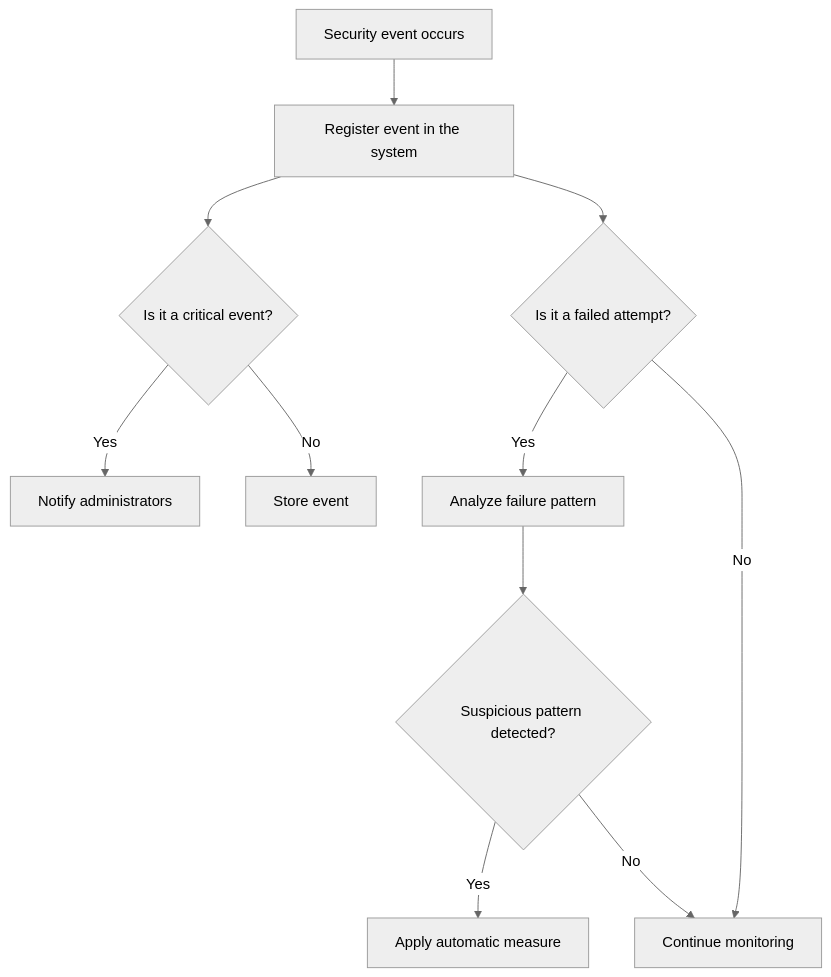
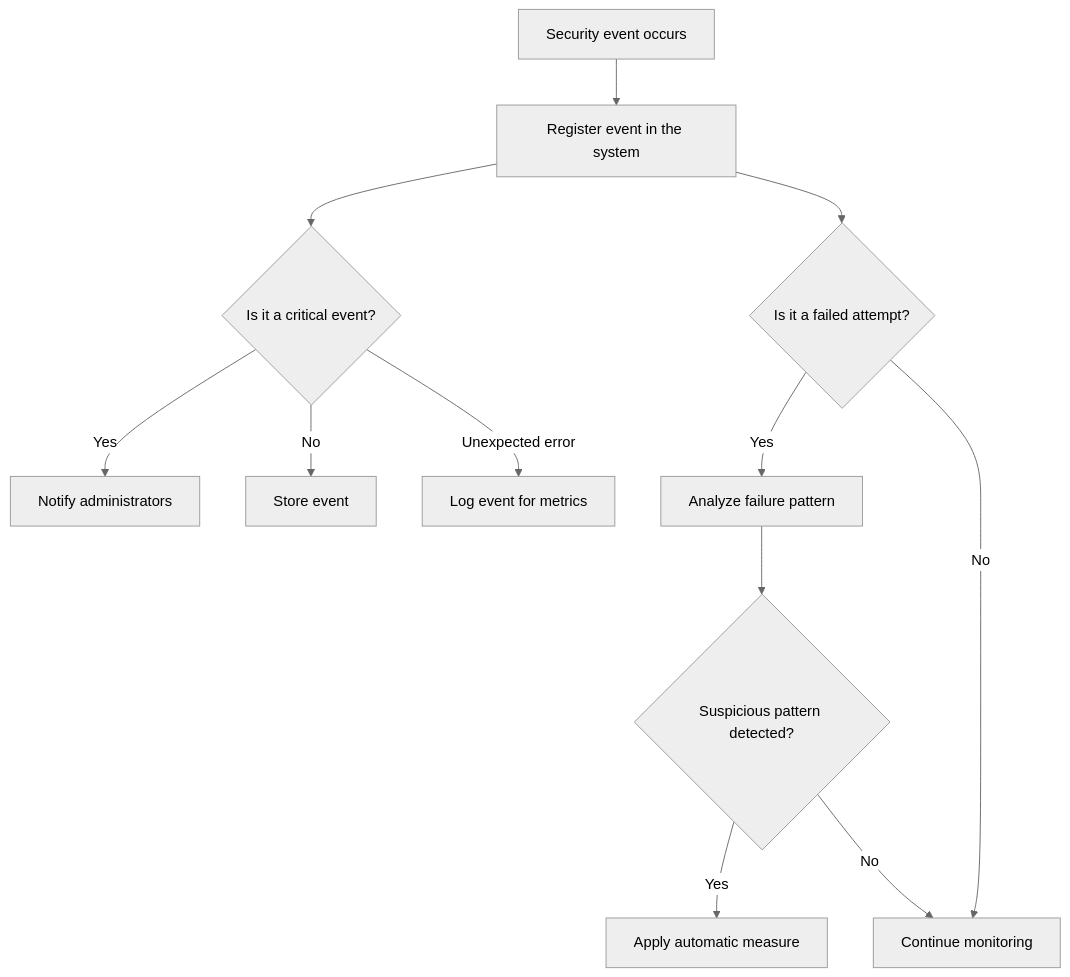
One commit to SwiftEnProfundidad/essential-feed-case-Auth changed the ninth of 9 diagrams in docs/BDD-Security-Features.md. Above: the diagram before and after it, drawn with Mermaid (neutral theme). The commit also changed other lines of this file and 8 other files, not shown here.

````diff
--- a/docs/BDD-Security-Features.md
+++ b/docs/BDD-Security-Features.md
@@ -995,13 +1027,14 @@
 ```mermaid
 flowchart TD
     A[Security event occurs] --> B[Register event in the system]
     B --> C{Is it a critical event?}
     C -- Yes --> D[Notify administrators]
     C -- No --> E[Store event]
     B --> F{Is it a failed attempt?}
     F -- Yes --> G[Analyze failure pattern]
     G --> H{Suspicious pattern detected?}
     H -- Yes --> I[Apply automatic measure]
     H -- No --> J[Continue monitoring]
     F -- No --> J
+    C -- Unexpected error --> K[Log event for metrics]
 ```
````
